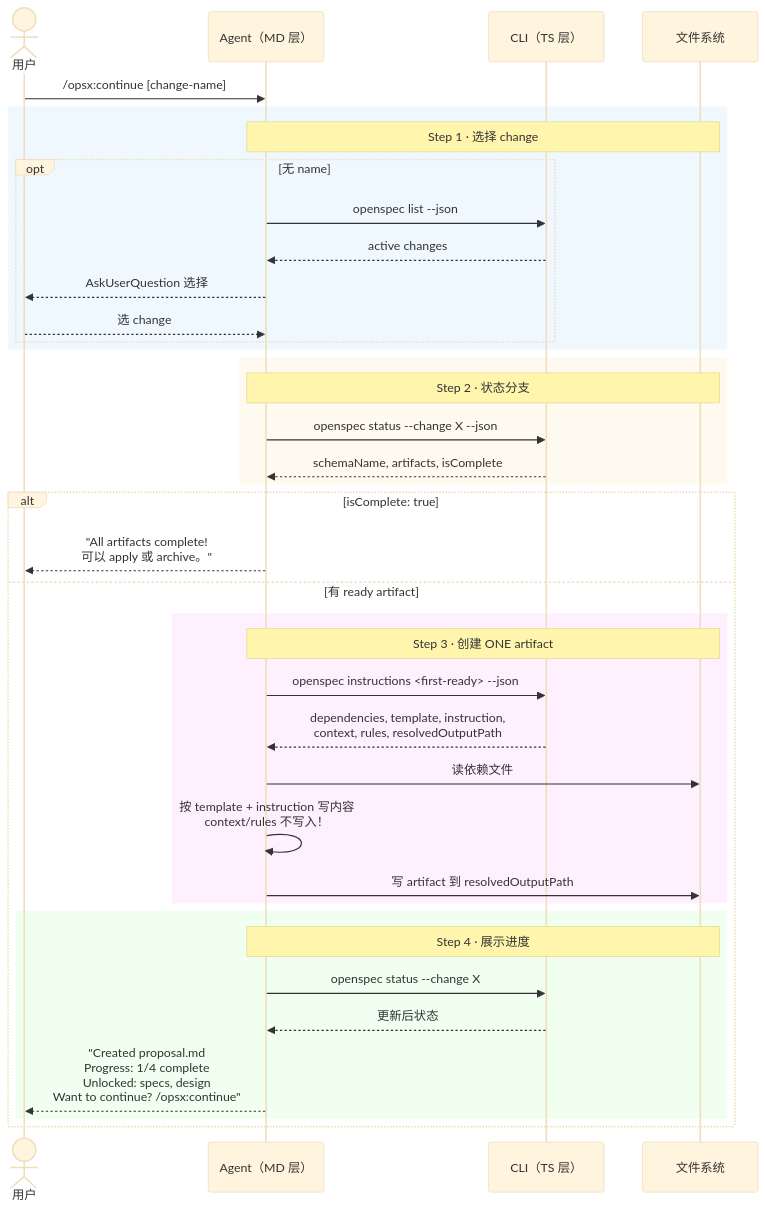
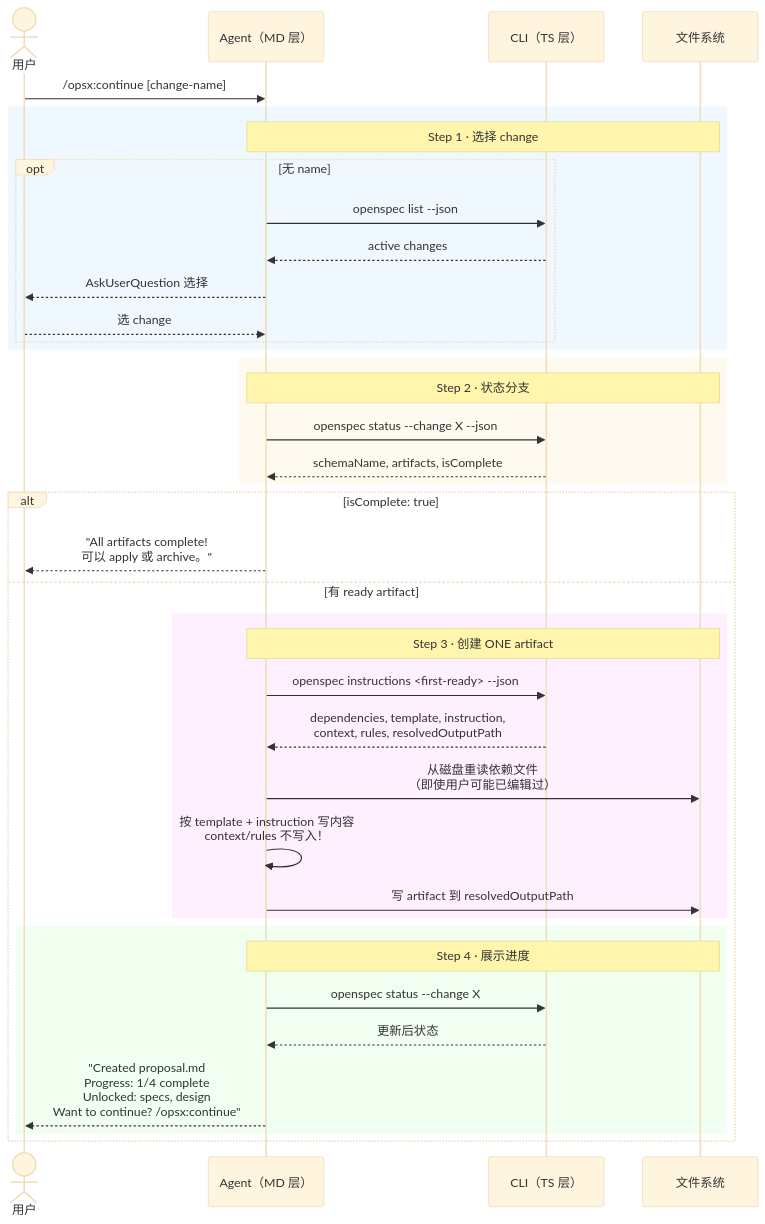
Before and after one commit to ethan-jiang-3/OpenSpec: the diagram in _digested/workflows/04-continue.md, drawn with Mermaid (base theme). The commit also changed other lines of this file and 10 other files, not shown here.

````diff
--- a/_digested/workflows/04-continue.md
+++ b/_digested/workflows/04-continue.md
@@ -47,45 +47,45 @@
 ```mermaid
 sequenceDiagram
     actor User as 用户
     participant MD as Agent（MD 层）
     participant TS as CLI（TS 层）
     participant FS as 文件系统
 
     User->>MD: /opsx:continue [change-name]
 
     rect rgb(240, 248, 255)
         Note over MD,FS: Step 1 · 选择 change
         opt 无 name
             MD->>TS: openspec list --json
             TS-->>MD: active changes
             MD-->>User: AskUserQuestion 选择
             User-->>MD: 选 change
         end
     end
 
     rect rgb(255, 250, 240)
         Note over MD,FS: Step 2 · 状态分支
         MD->>TS: openspec status --change X --json
         TS-->>MD: schemaName, artifacts, isComplete
     end
 
     alt isComplete: true
         MD-->>User: "All artifacts complete!<br/>可以 apply 或 archive。"
     else 有 ready artifact
         rect rgb(255, 240, 255)
             Note over MD,FS: Step 3 · 创建 ONE artifact
             MD->>TS: openspec instructions <first-ready> --json
             TS-->>MD: dependencies, template, instruction,<br/>context, rules, resolvedOutputPath
-            MD->>FS: 读依赖文件
+            MD->>FS: 从磁盘重读依赖文件<br/>（即使用户可能已编辑过）
             MD->>MD: 按 template + instruction 写内容<br/>context/rules 不写入！
             MD->>FS: 写 artifact 到 resolvedOutputPath
         end
 
         rect rgb(240, 255, 240)
             Note over MD,FS: Step 4 · 展示进度
             MD->>TS: openspec status --change X
             TS-->>MD: 更新后状态
             MD-->>User: "Created proposal.md<br/>Progress: 1/4 complete<br/>Unlocked: specs, design<br/>Want to continue? /opsx:continue"
         end
     end
 ```
````
